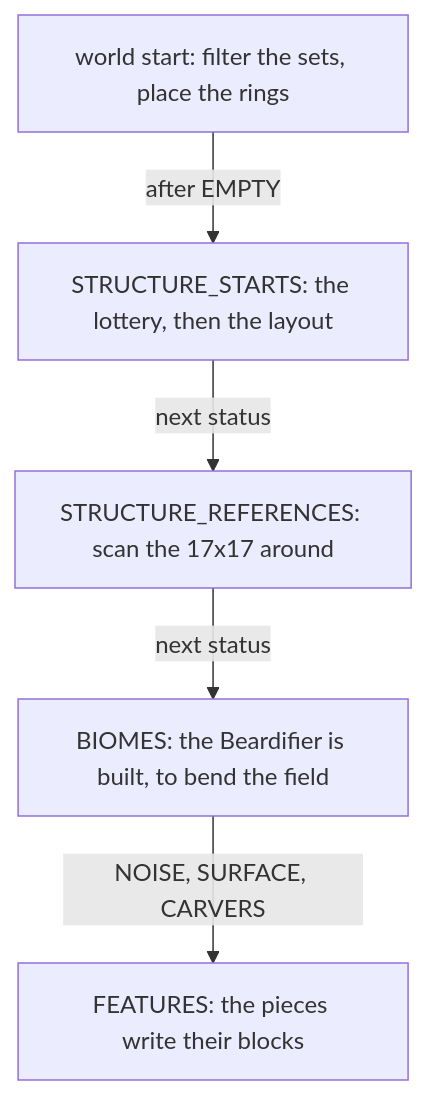
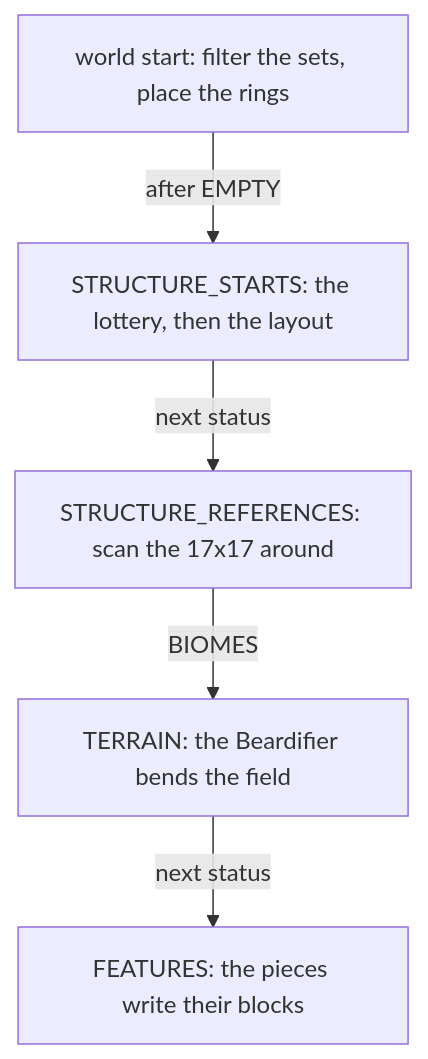
Before and after one commit to AlexanderjFraser/MinecraftDocs: the diagram in src/systems/worldgen/structure-placement.md, drawn with Mermaid. The commit also changed other lines of this file and 68 other files, not shown here.

````diff
--- a/src/systems/worldgen/structure-placement.md
+++ b/src/systems/worldgen/structure-placement.md
@@ -38,8 +38,8 @@
 ```mermaid
 flowchart TD
     W["world start: filter the sets, place the rings"]
     W -->|"after EMPTY"| S1["STRUCTURE_STARTS: the lottery, then the layout"]
     S1 -->|"next status"| S2["STRUCTURE_REFERENCES: scan the 17x17 around"]
-    S2 -->|"next status"| N["BIOMES: the Beardifier is built, to bend the field"]
-    N -->|"NOISE, SURFACE, CARVERS"| F["FEATURES: the pieces write their blocks"]
+    S2 -->|"BIOMES"| N["TERRAIN: the Beardifier bends the field"]
+    N -->|"next status"| F["FEATURES: the pieces write their blocks"]
 ```
````
